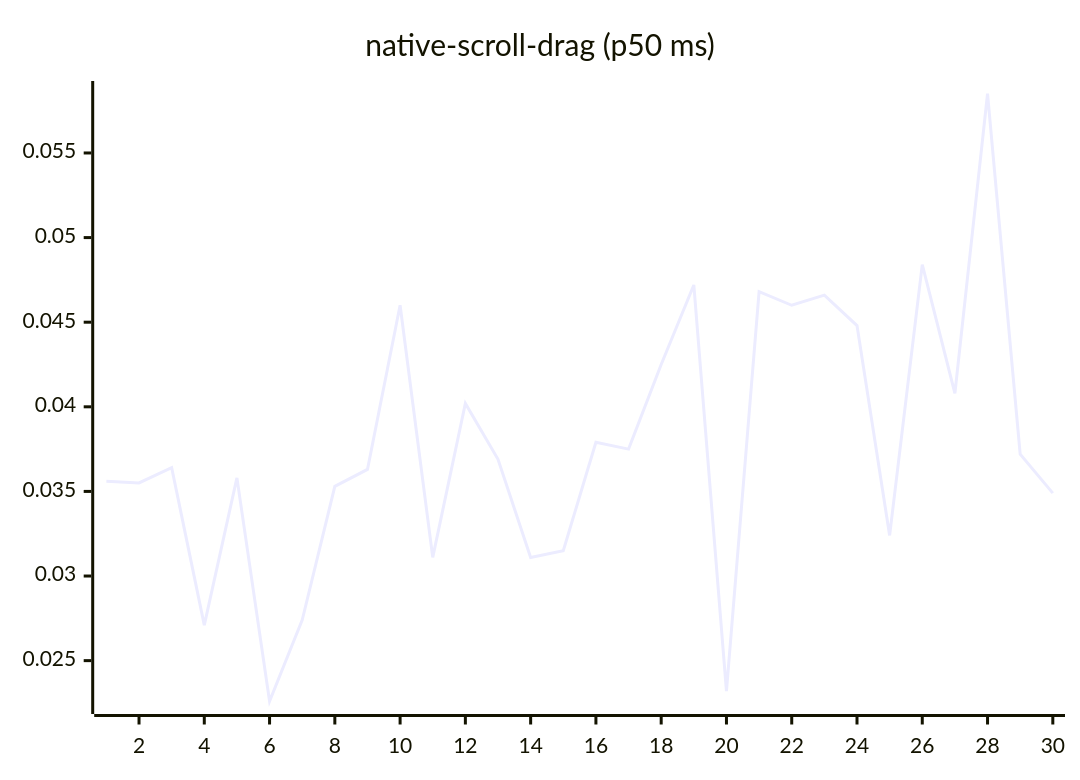
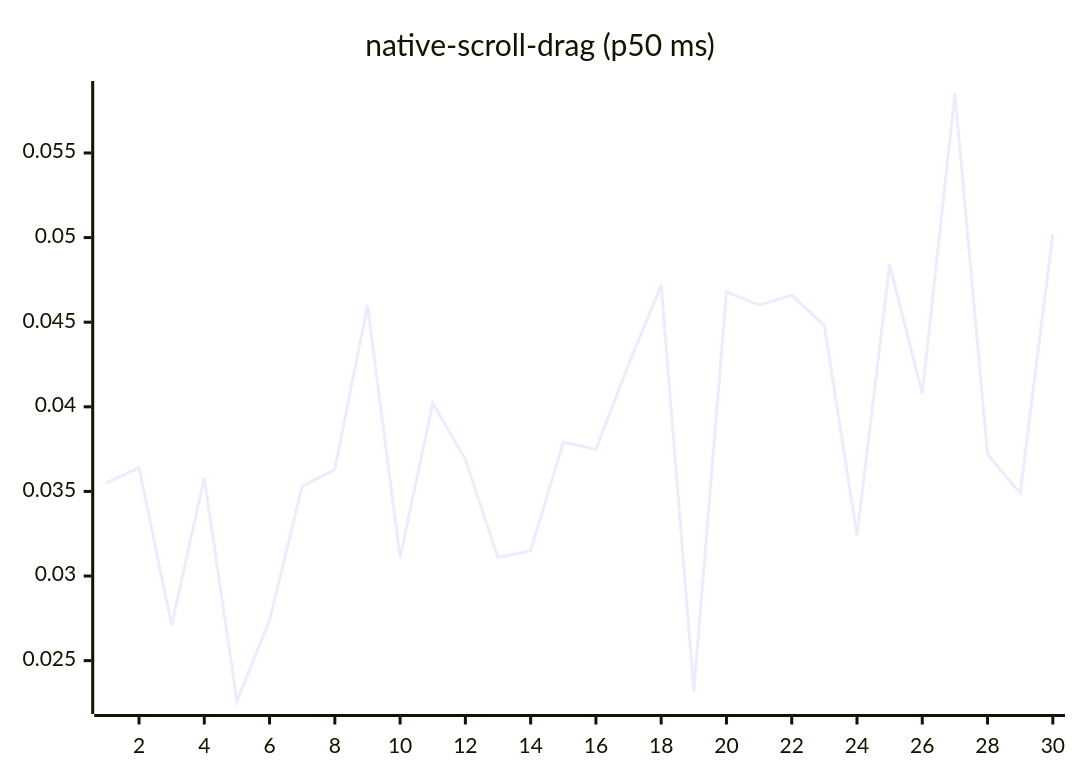
Before and after one commit to josha/Facet: diagram 14 of 27 in README.md, drawn with Mermaid. The commit also changed other lines of this file and 2 other files, not shown here.

````diff
--- a/README.md
+++ b/README.md
@@ -154,6 +154,6 @@
 ```mermaid
 xychart-beta
     title "native-scroll-drag (p50 ms)"
     x-axis 1 --> 30
-    line [0.0356, 0.0355, 0.0364, 0.0271, 0.0358, 0.0226, 0.0274, 0.0353, 0.0363, 0.0460, 0.0311, 0.0402, 0.0369, 0.0311, 0.0315, 0.0379, 0.0375, 0.0425, 0.0472, 0.0232, 0.0468, 0.0460, 0.0466, 0.0448, 0.0324, 0.0484, 0.0408, 0.0585, 0.0372, 0.0349]
+    line [0.0355, 0.0364, 0.0271, 0.0358, 0.0226, 0.0274, 0.0353, 0.0363, 0.0460, 0.0311, 0.0402, 0.0369, 0.0311, 0.0315, 0.0379, 0.0375, 0.0425, 0.0472, 0.0232, 0.0468, 0.0460, 0.0466, 0.0448, 0.0324, 0.0484, 0.0408, 0.0585, 0.0372, 0.0349, 0.0502]
 ```
````
